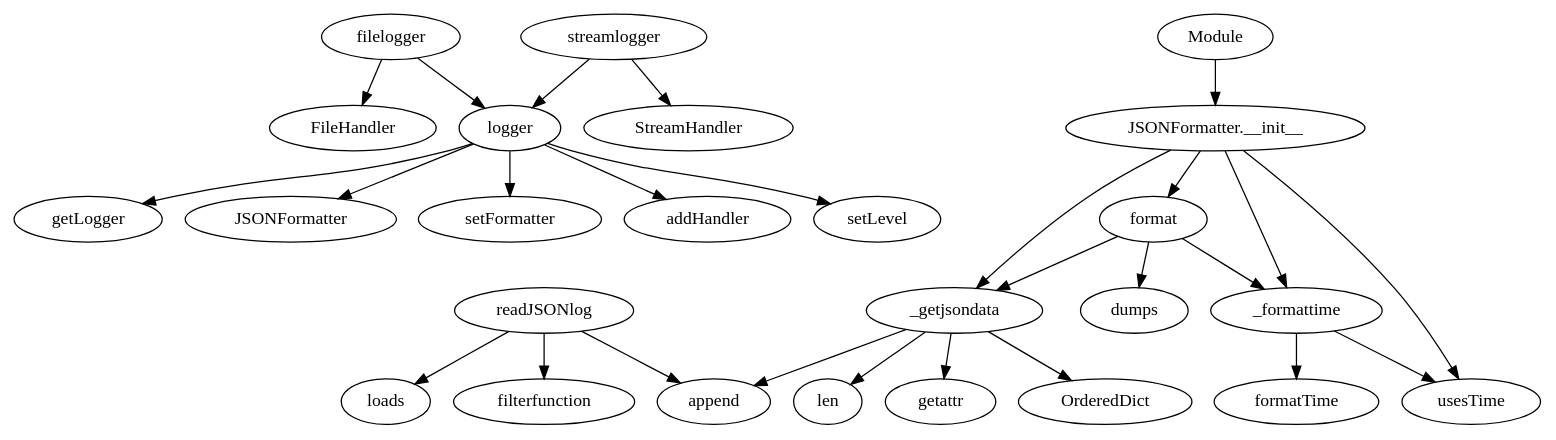
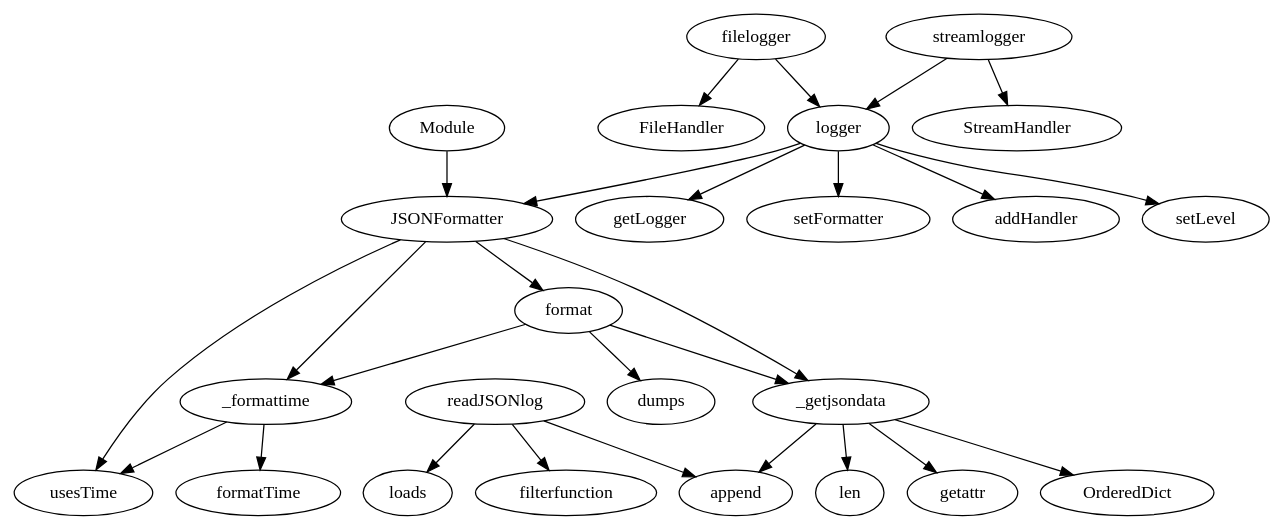
Before and after one commit to JordanCoyne97/Final_Year_Project: the diagram in CallGraph_dots/JSONFormattedLogging.dot, drawn with Graphviz. The commit also changed 79 other files, not shown here.

```diff
--- a/CallGraph_dots/JSONFormattedLogging.dot
+++ b/CallGraph_dots/JSONFormattedLogging.dot
@@ -1,53 +1,52 @@
 strict digraph  {
 logger;
 getLogger;
 JSONFormatter;
 setFormatter;
 addHandler;
 setLevel;
 filelogger;
 FileHandler;
 streamlogger;
 StreamHandler;
 readJSONlog;
 loads;
 filterfunction;
 append;
 usesTime;
 _formattime;
 formatTime;
 _getjsondata;
 len;
 getattr;
 OrderedDict;
 format;
 dumps;
 Module;
-"JSONFormatter.__init__";
 logger -> getLogger;
 logger -> JSONFormatter;
 logger -> setFormatter;
 logger -> addHandler;
 logger -> setLevel;
+JSONFormatter -> usesTime;
+JSONFormatter -> _formattime;
+JSONFormatter -> _getjsondata;
+JSONFormatter -> format;
 filelogger -> FileHandler;
 filelogger -> logger;
 streamlogger -> StreamHandler;
 streamlogger -> logger;
 readJSONlog -> loads;
 readJSONlog -> filterfunction;
 readJSONlog -> append;
 _formattime -> usesTime;
 _formattime -> formatTime;
 _getjsondata -> len;
 _getjsondata -> append;
 _getjsondata -> getattr;
 _getjsondata -> OrderedDict;
 format -> _formattime;
 format -> _getjsondata;
 format -> dumps;
-Module -> "JSONFormatter.__init__";
-"JSONFormatter.__init__" -> usesTime;
-"JSONFormatter.__init__" -> _formattime;
-"JSONFormatter.__init__" -> _getjsondata;
-"JSONFormatter.__init__" -> format;
+Module -> JSONFormatter;
 }
```
